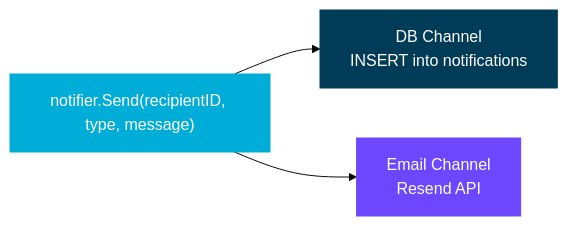
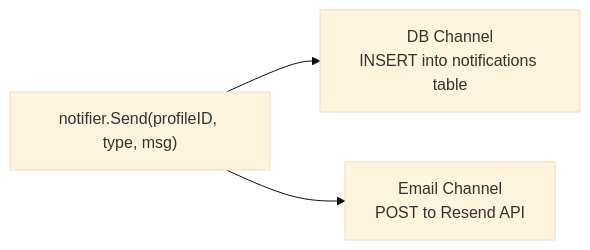
One commit to rhpo/lms changed the second of 2 diagrams in README.md. Above: the diagram before and after it, drawn with Mermaid (base theme). The commit also changed other lines of this file, not shown here.

````diff
--- a/README.md
+++ b/README.md
@@ -148,9 +142,5 @@
 ```mermaid
 graph LR
-    A["notifier.Send(recipientID, type, message)"] --> B["DB Channel<br/>INSERT into notifications"]
-    A --> C["Email Channel<br/>Resend API"]
-
-    style A fill:#00ADD8,color:#fff,stroke:#00ADD8
-    style B fill:#003B57,color:#fff,stroke:#003B57
-    style C fill:#6c47ff,color:#fff,stroke:#6c47ff
+    A["notifier.Send(profileID, type, msg)"] --> B["DB Channel<br/>INSERT into notifications table"]
+    A --> C["Email Channel<br/>POST to Resend API"]
 ```
````
